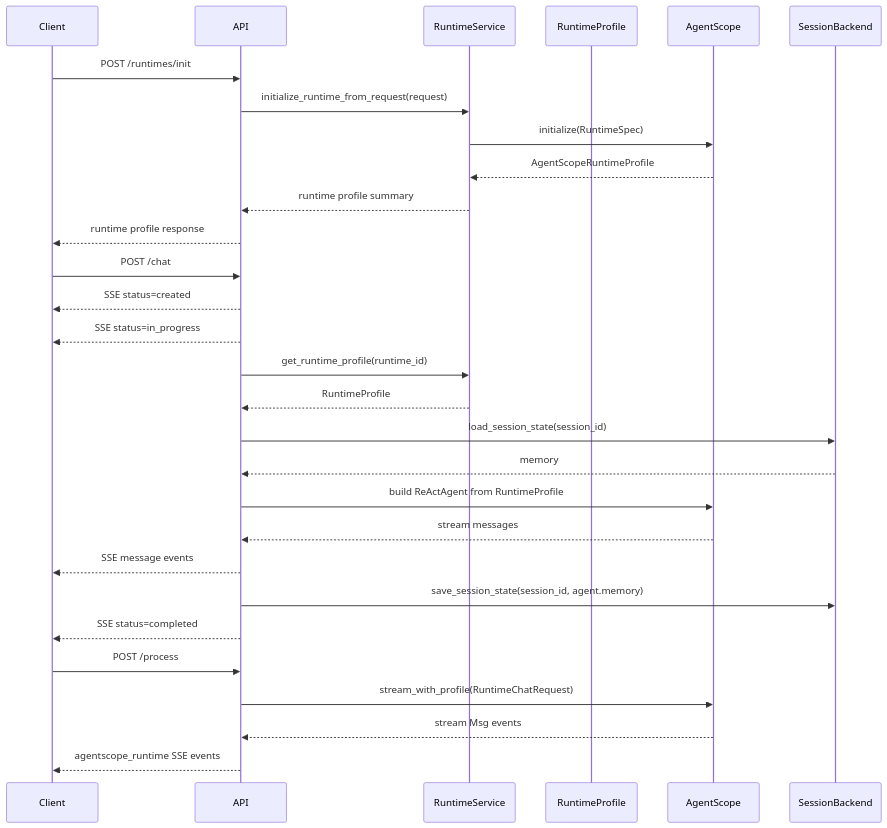
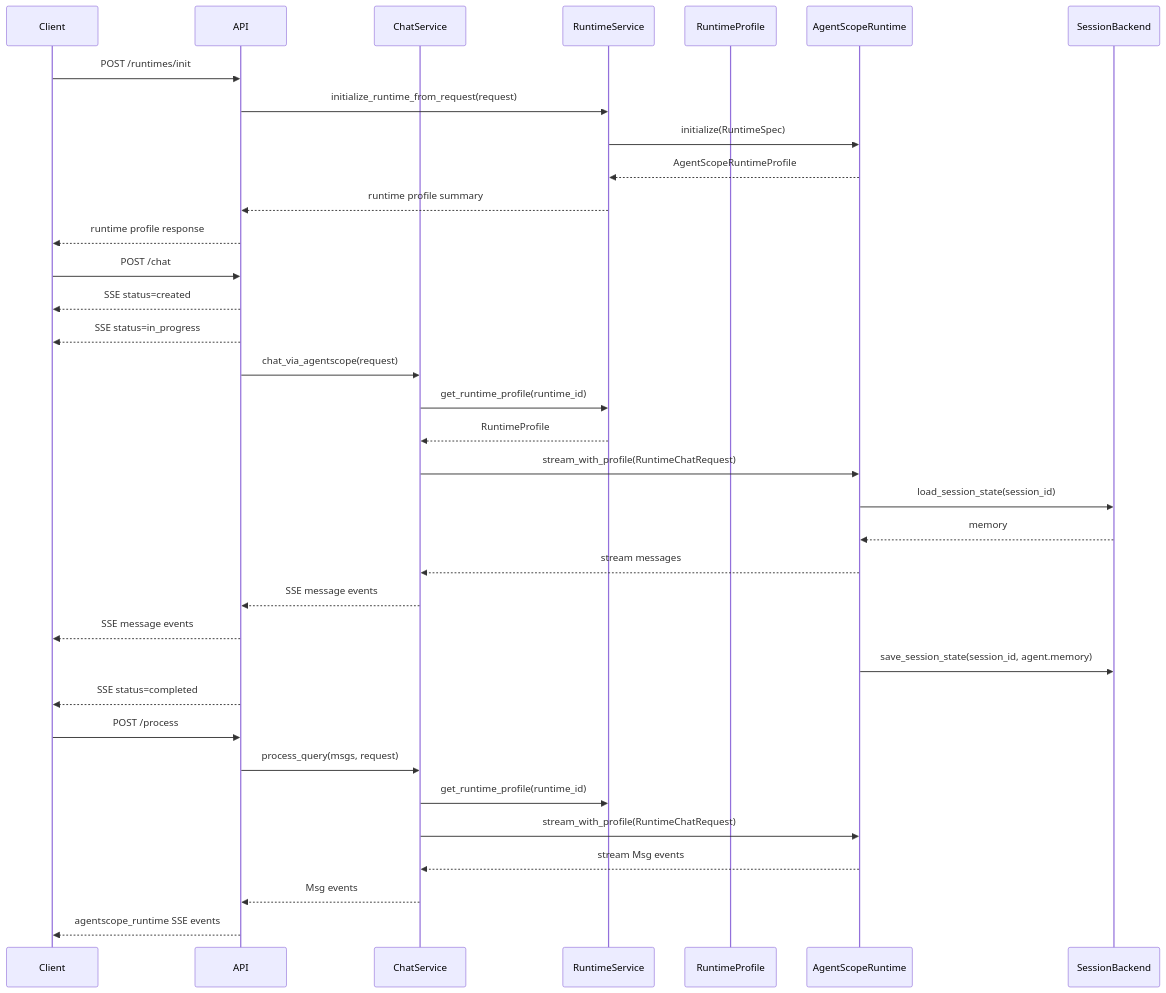
The fifth of 5 diagrams in docs/architecture.md (mooneclipsed/myagent), drawn with Mermaid before and after one commit. The commit also changed other lines of this file and 9 other files, not shown here.

Commit message:
refactor: simplify chat query flow

````diff
--- a/docs/architecture.md
+++ b/docs/architecture.md
@@ -170,34 +257,40 @@
 ```mermaid
 sequenceDiagram
     participant Client
     participant API
+    participant ChatService
     participant RuntimeService
     participant RuntimeProfile
-    participant AgentScope
+    participant AgentScopeRuntime
     participant SessionBackend
 
     Client->>API: POST /runtimes/init
     API->>RuntimeService: initialize_runtime_from_request(request)
-    RuntimeService->>AgentScope: initialize(RuntimeSpec)
-    AgentScope-->>RuntimeService: AgentScopeRuntimeProfile
+    RuntimeService->>AgentScopeRuntime: initialize(RuntimeSpec)
+    AgentScopeRuntime-->>RuntimeService: AgentScopeRuntimeProfile
     RuntimeService-->>API: runtime profile summary
     API-->>Client: runtime profile response
 
     Client->>API: POST /chat
     API-->>Client: SSE status=created
     API-->>Client: SSE status=in_progress
-    API->>RuntimeService: get_runtime_profile(runtime_id)
-    RuntimeService-->>API: RuntimeProfile
-    API->>SessionBackend: load_session_state(session_id)
-    SessionBackend-->>API: memory
-    API->>AgentScope: build ReActAgent from RuntimeProfile
-    AgentScope-->>API: stream messages
+    API->>ChatService: chat_via_agentscope(request)
+    ChatService->>RuntimeService: get_runtime_profile(runtime_id)
+    RuntimeService-->>ChatService: RuntimeProfile
+    ChatService->>AgentScopeRuntime: stream_with_profile(RuntimeChatRequest)
+    AgentScopeRuntime->>SessionBackend: load_session_state(session_id)
+    SessionBackend-->>AgentScopeRuntime: memory
+    AgentScopeRuntime-->>ChatService: stream messages
+    ChatService-->>API: SSE message events
     API-->>Client: SSE message events
-    API->>SessionBackend: save_session_state(session_id, agent.memory)
+    AgentScopeRuntime->>SessionBackend: save_session_state(session_id, agent.memory)
     API-->>Client: SSE status=completed
 
     Client->>API: POST /process
-    API->>AgentScope: stream_with_profile(RuntimeChatRequest)
-    AgentScope-->>API: stream Msg events
+    API->>ChatService: process_query(msgs, request)
+    ChatService->>RuntimeService: get_runtime_profile(runtime_id)
+    ChatService->>AgentScopeRuntime: stream_with_profile(RuntimeChatRequest)
+    AgentScopeRuntime-->>ChatService: stream Msg events
+    ChatService-->>API: Msg events
     API-->>Client: agentscope_runtime SSE events
 ```
````
